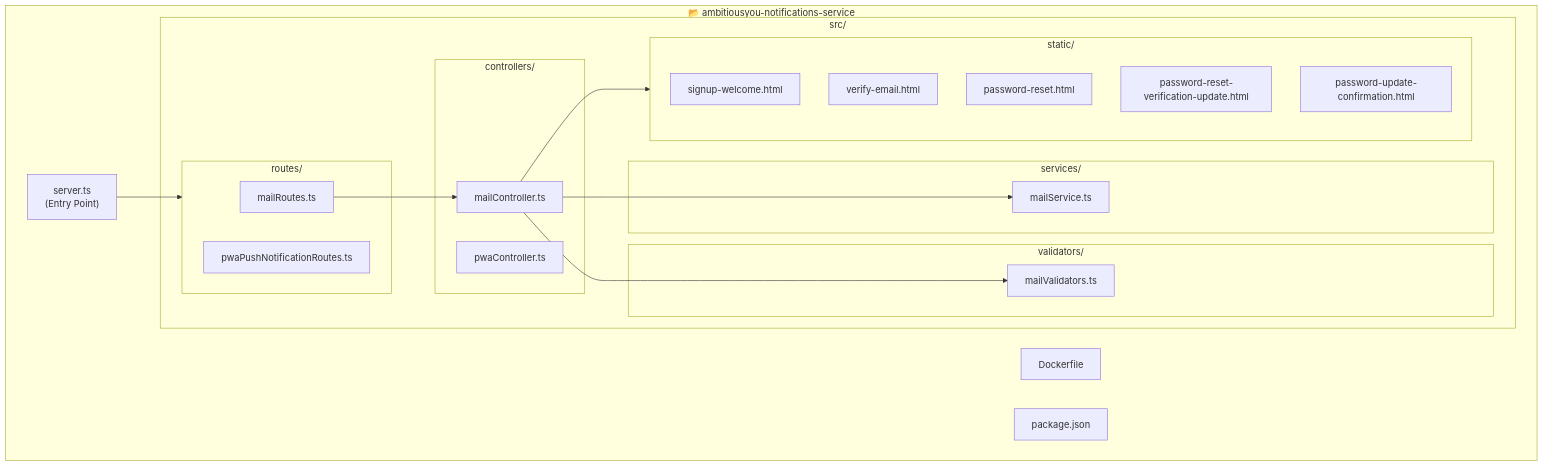
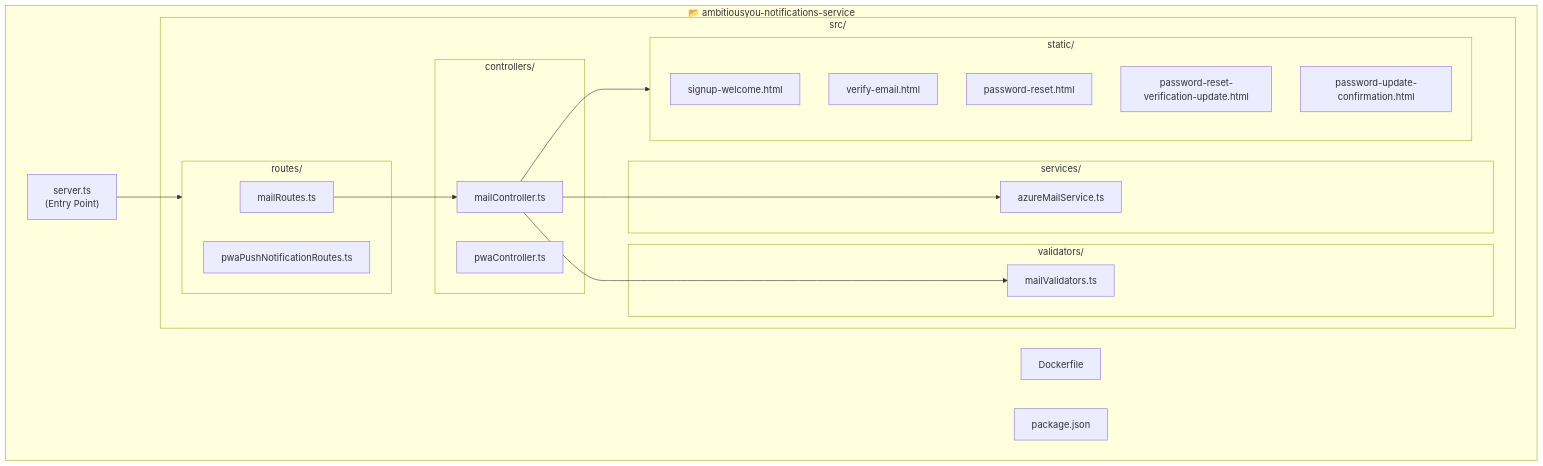
One commit to hemants1703/ambitiousyou-notifications-service changed the fourth of 6 diagrams in README.md. Above: the diagram before and after it, drawn with Mermaid. The commit also changed 10 other files, not shown here.

````diff
--- a/README.md
+++ b/README.md
@@ -180,43 +180,43 @@
 ```mermaid
 graph TD
     subgraph Root["📂 ambitiousyou-notifications-service"]
         Server["server.ts<br/>(Entry Point)"]
 
         subgraph Src["src/"]
             subgraph RoutesDir["routes/"]
                 MR["mailRoutes.ts"]
                 PR["pwaPushNotificationRoutes.ts"]
             end
 
             subgraph ControllersDir["controllers/"]
                 MC["mailController.ts"]
                 PC["pwaController.ts"]
             end
 
             subgraph ServicesDir["services/"]
-                MS["mailService.ts"]
+                MS["azureMailService.ts"]
             end
 
             subgraph ValidatorsDir["validators/"]
                 MV["mailValidators.ts"]
             end
 
             subgraph StaticDir["static/"]
                 SW["signup-welcome.html"]
                 VE["verify-email.html"]
                 PWR["password-reset.html"]
                 PWRV["password-reset-verification-update.html"]
                 PWUC["password-update-confirmation.html"]
             end
         end
 
         Dockerfile["Dockerfile"]
         Package["package.json"]
     end
 
     Server --> RoutesDir
     MR --> MC
     MC --> MS
     MC --> MV
     MC --> StaticDir
 ```
````
